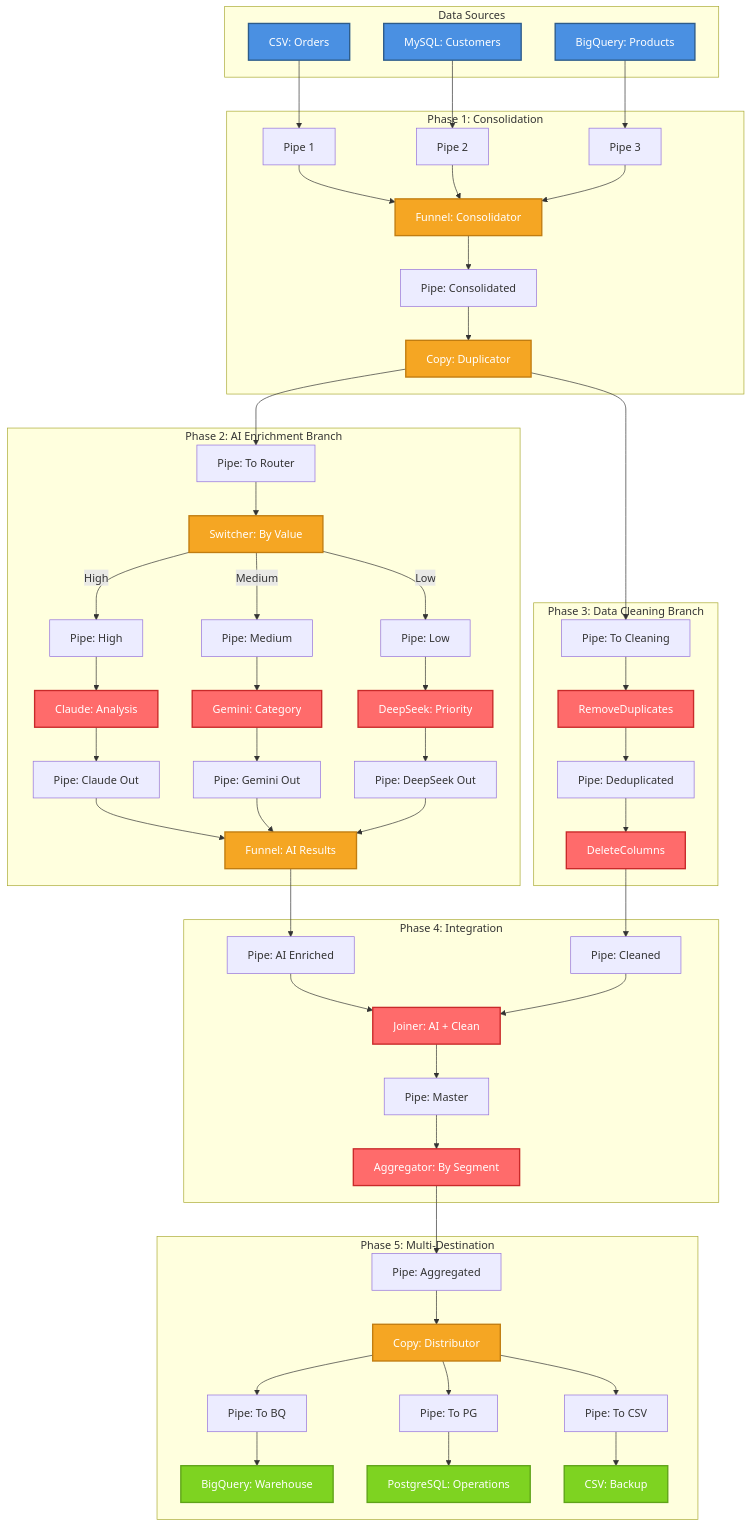
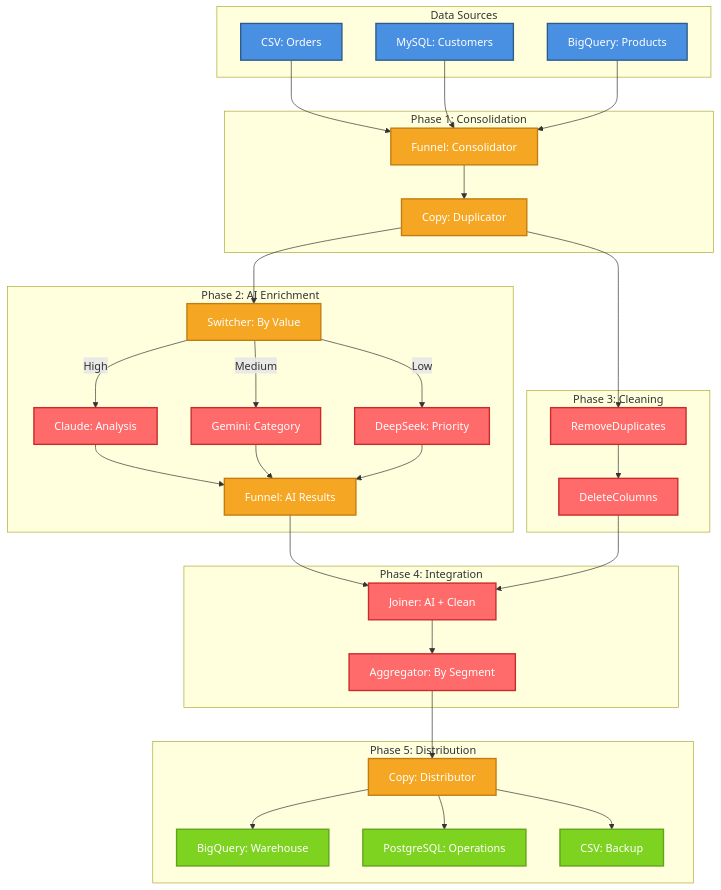
One commit to bernardo-colorado-dubois/open-stage changed the sixth of 6 diagrams in docs/complex_pipelines.md. Above: the diagram before and after it, drawn with Mermaid. The commit also changed other lines of this file, not shown here.

````diff
--- a/docs/complex_pipelines.md
+++ b/docs/complex_pipelines.md
@@ -1148,78 +1097,53 @@
 ```mermaid
 flowchart TB
     subgraph Sources["Data Sources"]
         CSV[CSV: Orders]:::origin
         MySQL[MySQL: Customers]:::origin
         BQ[BigQuery: Products]:::origin
     end
     
     subgraph Consolidation["Phase 1: Consolidation"]
-        CSV --> P1[Pipe 1]
-        MySQL --> P2[Pipe 2]
-        BQ --> P3[Pipe 3]
+        CSV --> Funnel[Funnel: Consolidator]:::router
+        MySQL --> Funnel
+        BQ --> Funnel
         
-        P1 --> Funnel[Funnel: Consolidator]:::router
-        P2 --> Funnel
-        P3 --> Funnel
-        
-        Funnel --> P4[Pipe: Consolidated]
-        P4 --> Copy[Copy: Duplicator]:::router
+        Funnel --> Copy[Copy: Duplicator]:::router
     end
     
-    subgraph AIBranch["Phase 2: AI Enrichment Branch"]
-        Copy --> P5[Pipe: To Router]
-        P5 --> Switch[Switcher: By Value]:::router
+    subgraph AIBranch["Phase 2: AI Enrichment"]
+        Copy --> Switch[Switcher: By Value]:::router
         
-        Switch -->|High| P6[Pipe: High]
-        Switch -->|Medium| P7[Pipe: Medium]
-        Switch -->|Low| P8[Pipe: Low]
+        Switch -->|High| Claude[Claude: Analysis]:::transformer
+        Switch -->|Medium| Gemini[Gemini: Category]:::transformer
+        Switch -->|Low| DeepSeek[DeepSeek: Priority]:::transformer
         
-        P6 --> Claude[Claude: Analysis]:::transformer
-        P7 --> Gemini[Gemini: Category]:::transformer
-        P8 --> DeepSeek[DeepSeek: Priority]:::transformer
-        
-        Claude --> P9[Pipe: Claude Out]
-        Gemini --> P10[Pipe: Gemini Out]
-        DeepSeek --> P11[Pipe: DeepSeek Out]
-        
-        P9 --> AIFunnel[Funnel: AI Results]:::router
-        P10 --> AIFunnel
-        P11 --> AIFunnel
+        Claude --> AIFunnel[Funnel: AI Results]:::router
+        Gemini --> AIFunnel
+        DeepSeek --> AIFunnel
     end
     
-    subgraph CleaningBranch["Phase 3: Data Cleaning Branch"]
-        Copy --> P12[Pipe: To Cleaning]
-        P12 --> Dedup[RemoveDuplicates]:::transformer
-        Dedup --> P13[Pipe: Deduplicated]
-        P13 --> DelCols[DeleteColumns]:::transformer
+    subgraph CleaningBranch["Phase 3: Cleaning"]
+        Copy --> Dedup[RemoveDuplicates]:::transformer
+        Dedup --> DelCols[DeleteColumns]:::transformer
     end
     
     subgraph Integration["Phase 4: Integration"]
-        AIFunnel --> P14[Pipe: AI Enriched]
-        DelCols --> P15[Pipe: Cleaned]
+        AIFunnel --> Joiner[Joiner: AI + Clean]:::transformer
+        DelCols --> Joiner
         
-        P14 --> Joiner[Joiner: AI + Clean]:::transformer
-        P15 --> Joiner
-        
-        Joiner --> P16[Pipe: Master]
-        P16 --> Agg[Aggregator: By Segment]:::transformer
+        Joiner --> Agg[Aggregator: By Segment]:::transformer
     end
     
-    subgraph Distribution["Phase 5: Multi-Destination"]
-        Agg --> P17[Pipe: Aggregated]
-        P17 --> FinalCopy[Copy: Distributor]:::router
+    subgraph Distribution["Phase 5: Distribution"]
+        Agg --> FinalCopy[Copy: Distributor]:::router
         
-        FinalCopy --> P18[Pipe: To BQ]
-        FinalCopy --> P19[Pipe: To PG]
-        FinalCopy --> P20[Pipe: To CSV]
-        
-        P18 --> D1[BigQuery: Warehouse]:::destination
-        P19 --> D2[PostgreSQL: Operations]:::destination
-        P20 --> D3[CSV: Backup]:::destination
+        FinalCopy --> D1[BigQuery: Warehouse]:::destination
+        FinalCopy --> D2[PostgreSQL: Operations]:::destination
+        FinalCopy --> D3[CSV: Backup]:::destination
     end
     
     classDef origin fill:#4A90E2,stroke:#2E5C8A,stroke-width:2px,color:#fff
     classDef transformer fill:#FF6B6B,stroke:#C92A2A,stroke-width:2px,color:#fff
     classDef router fill:#F5A623,stroke:#C17D11,stroke-width:2px,color:#fff
     classDef destination fill:#7ED321,stroke:#5FA319,stroke-width:2px,color:#fff
 ```
````
